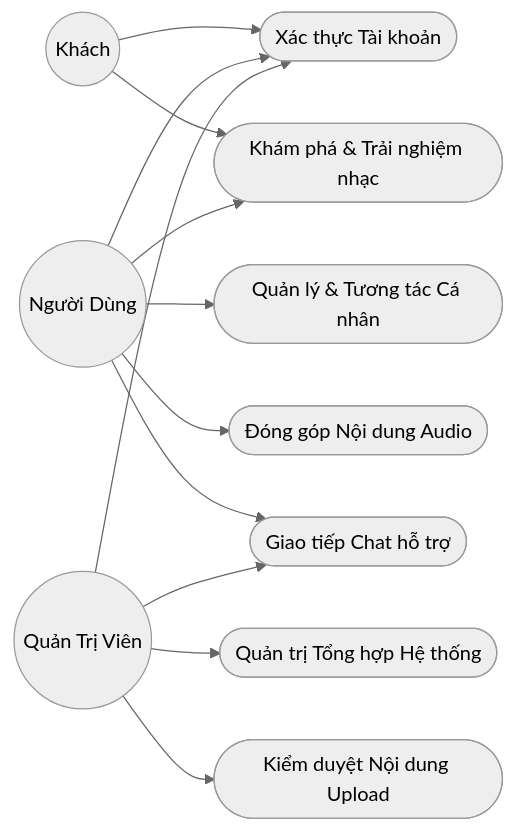
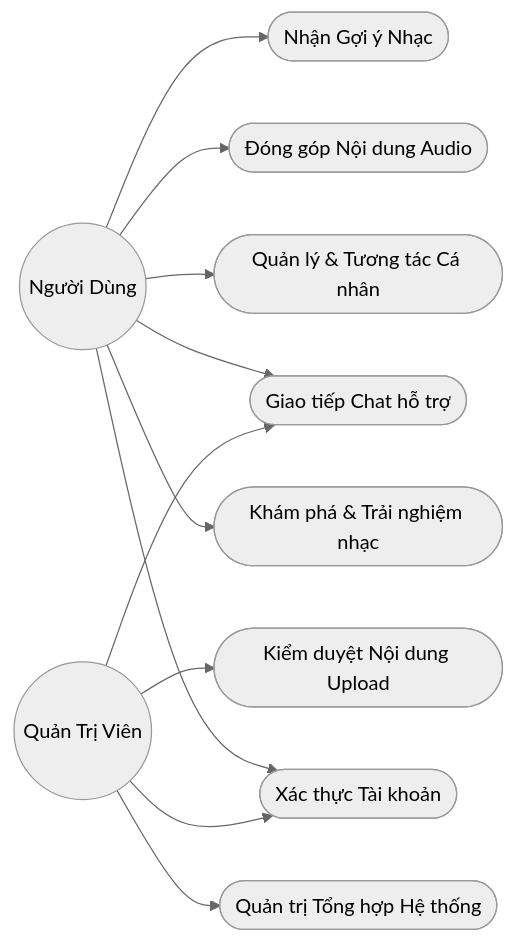
The third of 5 diagrams in Tài Liệu/SRS.md (NguyenThaiVinh0494/DACNPM_OnlineMusicStreamingWebsite), drawn with Mermaid (neutral theme) before and after one commit. The commit also changed other lines of this file and 1 other file, not shown here.

````diff
--- a/Tài Liệu/SRS.md
+++ b/Tài Liệu/SRS.md
@@ -507,24 +507,20 @@
 ```mermaid
 graph LR
     %% Định nghĩa các Actor
-    Guest((Khách))
     User((Người Dùng))
     Admin((Quản Trị Viên))
 
-    %% Khách Vãng Lai
-    Guest --> UC1([Xác thực Tài khoản])
-    Guest --> UC2([Khám phá & Trải nghiệm nhạc])
-
-    %% Người Dùng đã đăng nhập
-    User --> UC1
-    User --> UC2
+    %% Người Dùng
+    User --> UC1([Xác thực Tài khoản])
+    User --> UC2([Khám phá & Trải nghiệm nhạc])
     User --> UC3([Quản lý & Tương tác Cá nhân])
     User --> UC4([Đóng góp Nội dung Audio])
     User --> UC7([Giao tiếp Chat hỗ trợ])
+    User --> UC8([Nhận Gợi ý Nhạc])
 
     %% Quản Trị Viên
     Admin --> UC1
     Admin --> UC5([Quản trị Tổng hợp Hệ thống])
     Admin --> UC6([Kiểm duyệt Nội dung Upload])
     Admin --> UC7
 ```
````
